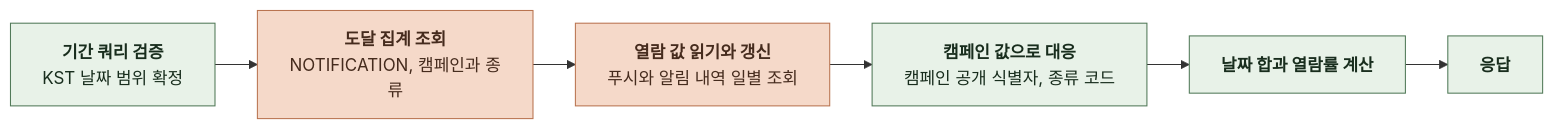
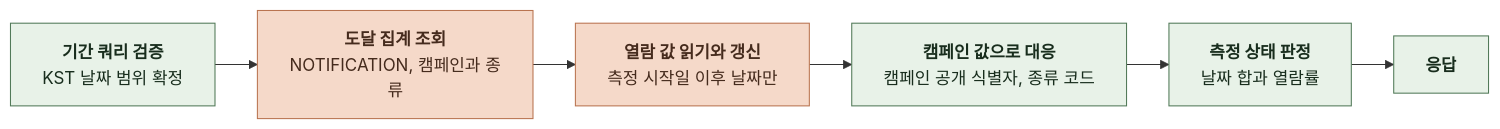
Before and after one commit to KIM-N-KANG/knk-harness: diagram 19 of 19 in docs/domain/ADMIN/BACKEND/4-1-PIPELINES.md, drawn with Mermaid. The commit also changed other lines of this file and 14 other files, not shown here.

````diff
--- a/docs/domain/ADMIN/BACKEND/4-1-PIPELINES.md
+++ b/docs/domain/ADMIN/BACKEND/4-1-PIPELINES.md
@@ -807,17 +807,18 @@
 ```mermaid
 %%{init: {"flowchart": {"curve": "basis", "nodeSpacing": 24, "rankSpacing": 40}}}%%
 flowchart LR
     A["`**기간 쿼리 검증**
 KST 날짜 범위 확정`"] --> B["`**도달 집계 조회**
 NOTIFICATION, 캠페인과 종류`"]
     B --> C["`**열람 값 읽기와 갱신**
-푸시와 알림 내역 일별 조회`"]
+측정 시작일 이후 날짜만`"]
     C --> D["`**캠페인 값으로 대응**
 캠페인 공개 식별자, 종류 코드`"]
-    D --> E["`**날짜 합과 열람률 계산**`"]
+    D --> E["`**측정 상태 판정**
+날짜 합과 열람률`"]
     E --> F["`**응답**`"]
     classDef comp fill:#E8F2E8,stroke:#527A59,color:#182D1D
     classDef task fill:#F5D9C9,stroke:#B97450,color:#452B1D
     class A,D,E,F comp
     class B,C task
 ```
````
